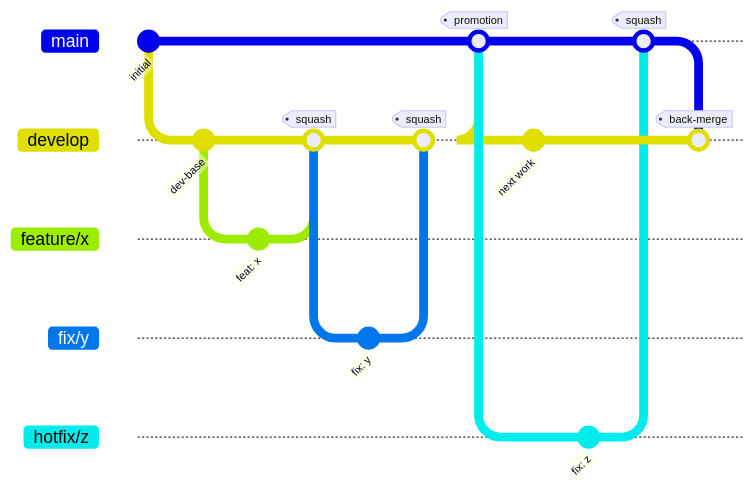
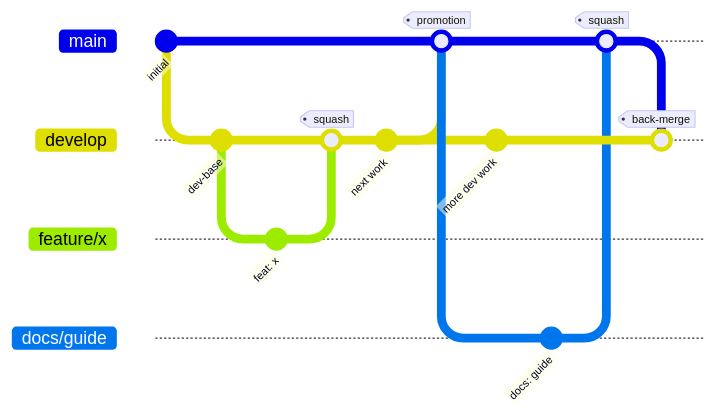
One commit to KalaimaranB/BioPro changed the first of 2 diagrams in docs/internal/23_Git_Branching_Engine.md. Above: the diagram before and after it, drawn with Mermaid. The commit also changed other lines of this file, not shown here.

Commit message:
docs: update branching engine documentation (#46)

````diff
--- a/docs/internal/23_Git_Branching_Engine.md
+++ b/docs/internal/23_Git_Branching_Engine.md
@@ -15,30 +15,25 @@
 ```mermaid
 gitGraph
    commit id: "initial"
    branch develop
    checkout develop
    commit id: "dev-base"
    branch feature/x
    checkout feature/x
    commit id: "feat: x"
    checkout develop
    merge feature/x tag: "squash"
-   branch fix/y
-   checkout fix/y
-   commit id: "fix: y"
-   checkout develop
-   merge fix/y tag: "squash"
    commit id: "next work"
    checkout main
    merge develop tag: "promotion"
    checkout develop
-   commit id: "next work"
+   commit id: "more dev work"
    checkout main
-   branch hotfix/z
-   checkout hotfix/z
-   commit id: "fix: z"
+   branch docs/guide
+   checkout docs/guide
+   commit id: "docs: guide"
    checkout main
-   merge hotfix/z tag: "squash"
+   merge docs/guide tag: "squash"
    checkout develop
    merge main tag: "back-merge"
 ```
````
